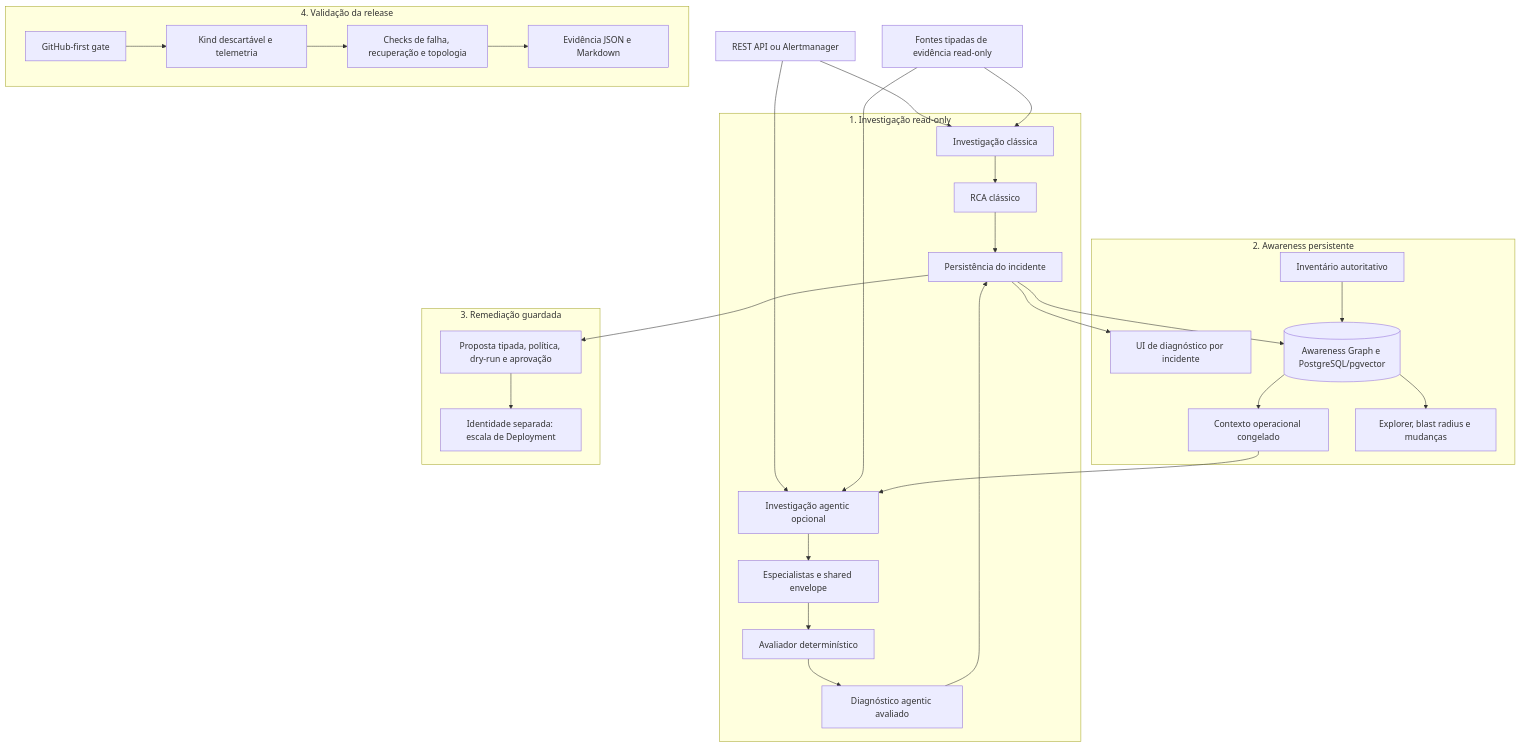
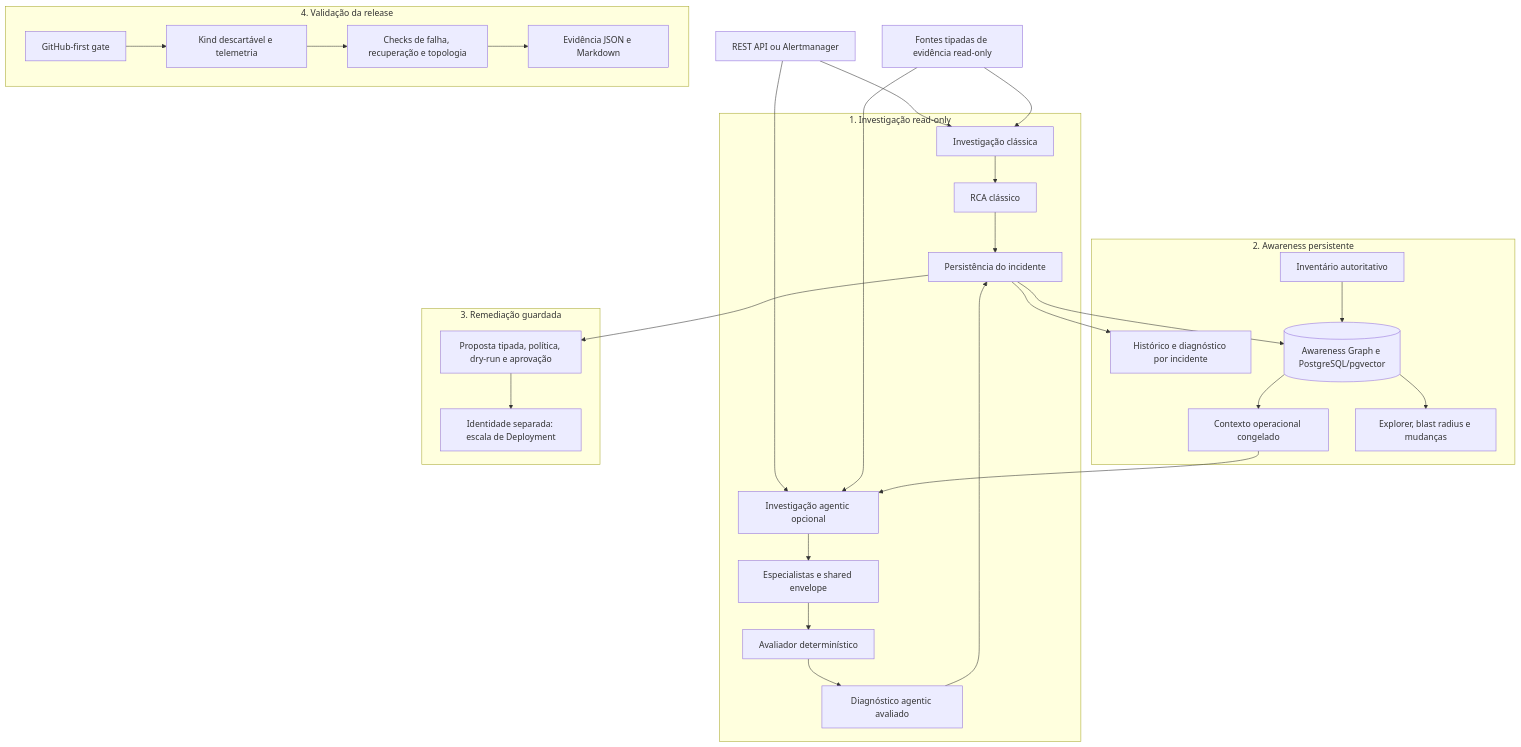
Before and after one commit to marcocristofolini/ai-sre-rca: the first of 28 diagrams in docs/architecture.pt-BR.md, drawn with Mermaid. The commit also changed other lines of this file and 21 other files, not shown here.

````diff
--- a/docs/architecture.pt-BR.md
+++ b/docs/architecture.pt-BR.md
@@ -9,32 +9,32 @@
 ```mermaid
 flowchart TD
     IN["REST API ou Alertmanager"] --> CORE["Investigação clássica"]
     IN --> PLAN["Investigação agentic opcional"]
     SRC["Fontes tipadas de evidência read-only"] --> CORE
     SRC --> PLAN
     subgraph READ["1. Investigação read-only"]
       CORE --> RCA["RCA clássico"]
       PLAN --> ENV["Especialistas e shared envelope"]
       ENV --> EVAL["Avaliador determinístico"]
       EVAL --> AR["Diagnóstico agentic avaliado"]
       AR --> STORE
     end
     subgraph AWARE["2. Awareness persistente"]
       RCA --> STORE["Persistência do incidente"]
-      STORE --> DIAG["UI de diagnóstico por incidente"]
+      STORE --> DIAG["Histórico e diagnóstico por incidente"]
       STORE --> PAG[("Awareness Graph e PostgreSQL/pgvector")]
       INV["Inventário autoritativo"] --> PAG
       PAG --> CTX["Contexto operacional congelado"]
       CTX --> PLAN
       PAG --> VIEW["Explorer, blast radius e mudanças"]
     end
     subgraph REM["3. Remediação guardada"]
       STORE --> POLICY["Proposta tipada, política, dry-run e aprovação"]
       POLICY --> ACT["Identidade separada: escala de Deployment"]
     end
     subgraph VAL["4. Validação da release"]
       GH["GitHub-first gate"] --> KIND["Kind descartável e telemetria"]
       KIND --> HAR["Checks de falha, recuperação e topologia"]
       HAR --> REP["Evidência JSON e Markdown"]
     end
 ```
````
